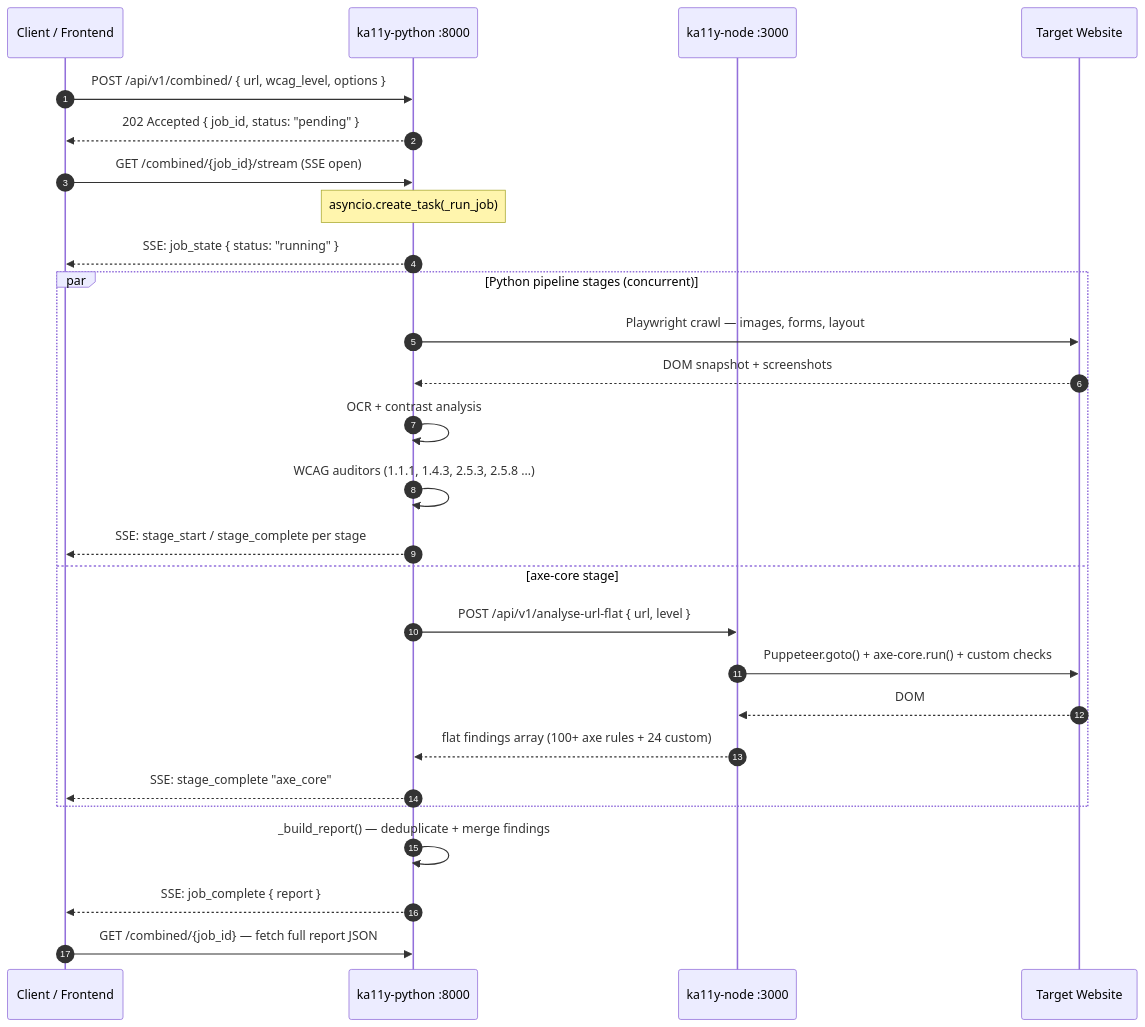
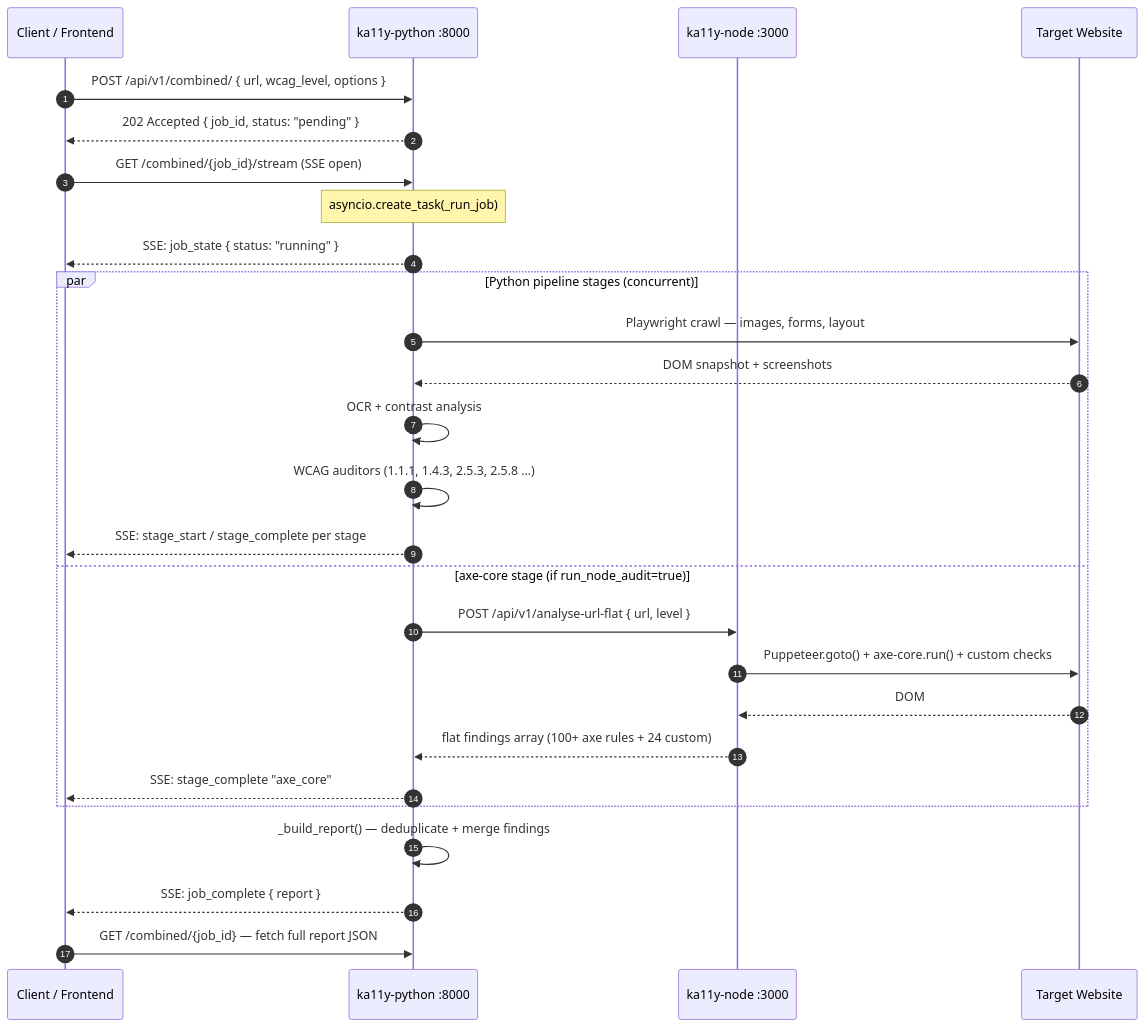
One commit to Sanjaypranavbc/ka11y changed the second of 9 diagrams in ka11y-docs/architecture.mdx. Above: the diagram before and after it, drawn with Mermaid. The commit also changed other lines of this file and 8 other files, not shown here.

````diff
--- a/ka11y-docs/architecture.mdx
+++ b/ka11y-docs/architecture.mdx
@@ -56,33 +56,33 @@
 ```mermaid
 sequenceDiagram
     autonumber
     participant C as Client / Frontend
     participant P as ka11y-python :8000
     participant N as ka11y-node :3000
     participant W as Target Website
 
     C->>P: POST /api/v1/combined/ { url, wcag_level, options }
     P-->>C: 202 Accepted { job_id, status: "pending" }
     C->>P: GET /combined/{job_id}/stream (SSE open)
 
     Note over P: asyncio.create_task(_run_job)
     P-->>C: SSE: job_state { status: "running" }
 
     par Python pipeline stages (concurrent)
         P->>W: Playwright crawl — images, forms, layout
         W-->>P: DOM snapshot + screenshots
         P->>P: OCR + contrast analysis
         P->>P: WCAG auditors (1.1.1, 1.4.3, 2.5.3, 2.5.8 …)
         P-->>C: SSE: stage_start / stage_complete per stage
-    and axe-core stage
+    and axe-core stage (if run_node_audit=true)
         P->>N: POST /api/v1/analyse-url-flat { url, level }
         N->>W: Puppeteer.goto() + axe-core.run() + custom checks
         W-->>N: DOM
         N-->>P: flat findings array (100+ axe rules + 24 custom)
         P-->>C: SSE: stage_complete "axe_core"
     end
 
     P->>P: _build_report() — deduplicate + merge findings
     P-->>C: SSE: job_complete { report }
     C->>P: GET /combined/{job_id} — fetch full report JSON
 ```
````
